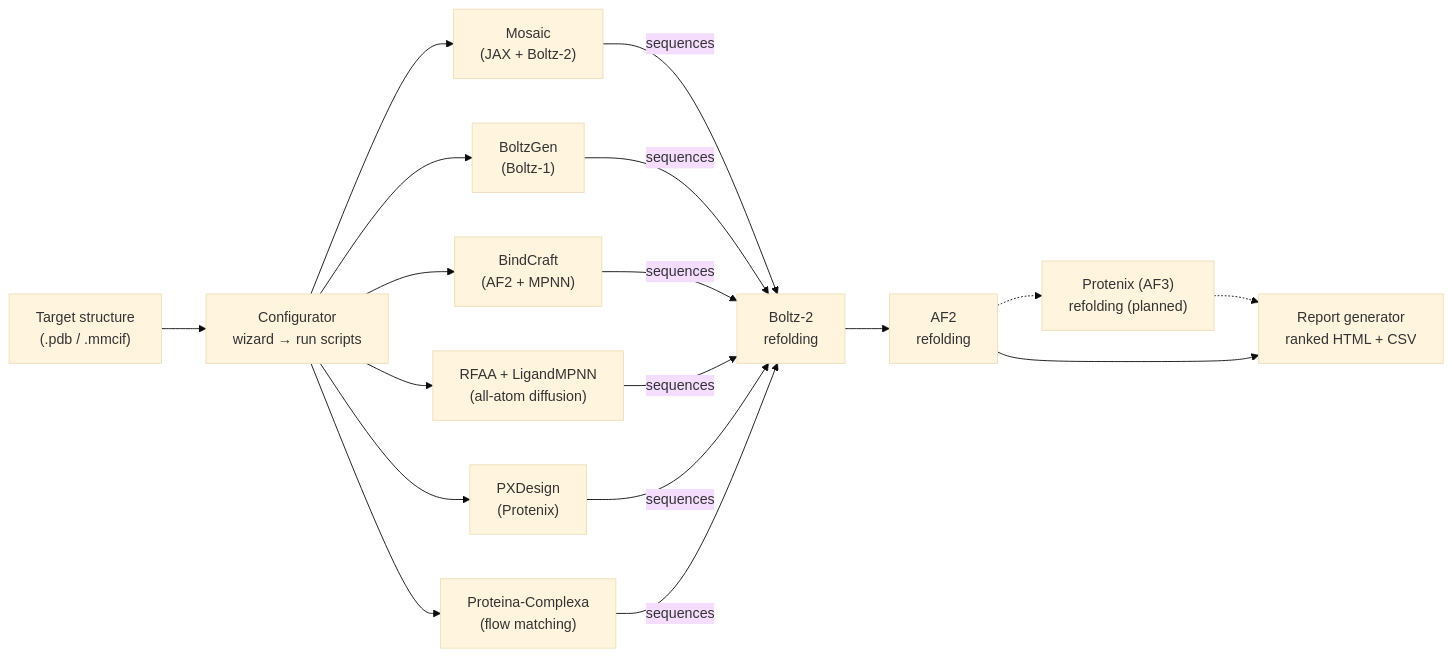
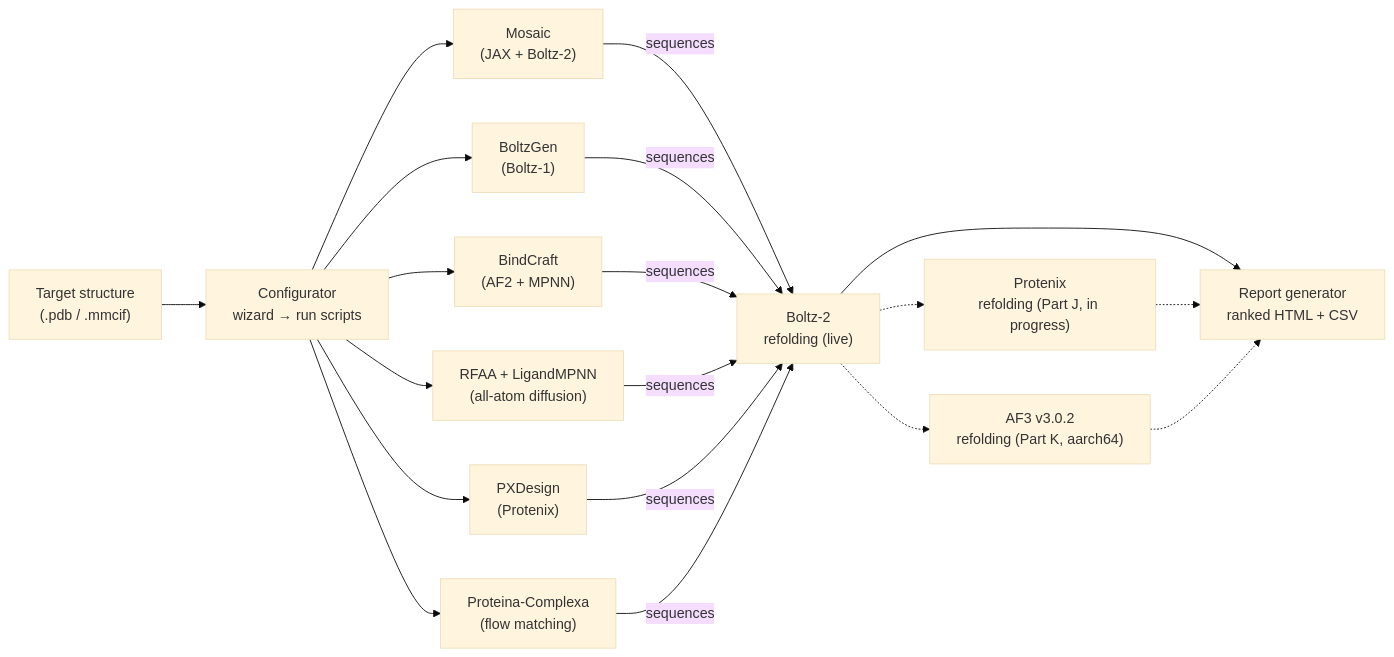
One commit to damborik22/BinderScout changed the diagram in README.md. Above: the diagram before and after it, drawn with Mermaid (base theme). The commit also changed other lines of this file, not shown here.

First line of the commit message:
README: align refolding architecture with CLAUDE.md

````diff
--- a/README.md
+++ b/README.md
@@ -35,23 +35,24 @@
 ```mermaid
 flowchart LR
     Input["Target structure\n(.pdb / .mmcif)"]
     Config["Configurator\nwizard → run scripts"]
     Mosaic["Mosaic\n(JAX + Boltz-2)"]
     BG["BoltzGen\n(Boltz-1)"]
     BC["BindCraft\n(AF2 + MPNN)"]
     RFAA["RFAA + LigandMPNN\n(all-atom diffusion)"]
     PX["PXDesign\n(Protenix)"]
     PC["Proteina-Complexa\n(flow matching)"]
-    Boltz2["Boltz-2\nrefolding"]
-    AF2["AF2\nrefolding"]
-    Protenix["Protenix (AF3)\nrefolding (planned)"]
+    Boltz2["Boltz-2\nrefolding (live)"]
+    Protenix["Protenix\nrefolding (Part J, in progress)"]
+    AF3["AF3 v3.0.2\nrefolding (Part K, aarch64)"]
     Report["Report generator\nranked HTML + CSV"]
 
     Input --> Config
     Config --> Mosaic & BG & BC & RFAA & PX & PC
     Mosaic & BG & BC & RFAA & PX & PC -->|sequences| Boltz2
-    Boltz2 --> AF2
-    AF2 -.-> Protenix
+    Boltz2 --> Report
+    Boltz2 -.-> Protenix
+    Boltz2 -.-> AF3
     Protenix -.-> Report
-    AF2 --> Report
+    AF3 -.-> Report
 ```
````
